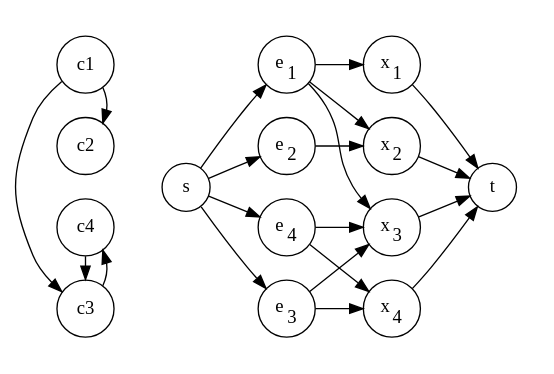
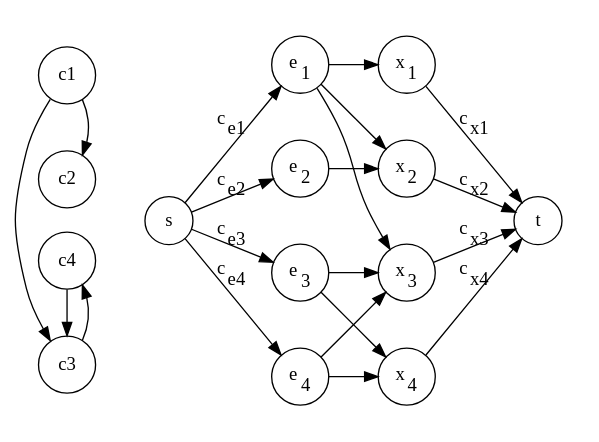
Before and after one commit to volhovM/thesis-bs-itmo: the diagram in pics/graph.dot, drawn with Graphviz.

Commit message:
Fix graph, wow

```diff
--- a/pics/graph.dot
+++ b/pics/graph.dot
@@ -1,56 +1,68 @@
 digraph G {
   node [shape="circle"]; 
 
   rankdir = LR;
  
   c1 c2 c3 c4;
 
   s t
   e1[label=<e<SUB>1</SUB>>];
   e2[label=<e<SUB>2</SUB>>];
   e3[label=<e<SUB>3</SUB>>];
   e4[label=<e<SUB>4</SUB>>];
   x1[label=<x<SUB>1</SUB>>];
   x2[label=<x<SUB>2</SUB>>];
   x3[label=<x<SUB>3</SUB>>];
   x4[label=<x<SUB>4</SUB>>];
 
   subgraph example {
     { rank=same; c1 c2 c3 c4 }
     c1 -> c2;
     c1 -> c3;
     c3 -> c4 -> c3;
   }
 
 
   subgraph cluster_s { { s }; style=invis; }
  
   subgraph cluster_0 {
     {rank=same; e1 e2 e3 e4}
     style=invis;
     e1 -> e2 -> e3 -> e4 [weight=100, style=invis];
   }
 
 
   subgraph cluster_1 {
     {rank=same; x1 x2 x3 x4}
     style=invis;
     x1 -> x2 -> x3 -> x4 [weight=100, style=invis];
   }
 
   subgraph cluster_t { { t }; style=invis; }
 
-  s -> e1; s -> e2; s -> e3; s -> e4;
-  x1 -> t; x2 -> t; x3 -> t; x4 -> t;
+  edge [weight=2, constraint=true];
+  // inputs
+  s -> e1 [label=<c<SUB>e1</SUB>>]; 
+  s -> e2 [label=<c<SUB>e2</SUB>>]; 
+  s -> e3 [label=<c<SUB>e3</SUB>>]; 
+  s -> e4 [label=<c<SUB>e4</SUB>>];
 
-  edge [weight=10000];
+  // outputs
+  x1 -> t [label=<c<SUB>x1</SUB>>]; 
+  x2 -> t [label=<c<SUB>x2</SUB>>]; 
+  x3 -> t [label=<c<SUB>x3</SUB>>]; 
+  x4 -> t [label=<c<SUB>x4</SUB>>];
+
+  // middle edges
+  edge [weight=2, constraint=true];
   e1 -> x1; e2 -> x2; e3 -> x3; e4 -> x4;
-  edge [weight=1];
+  edge [weight=1, constraint=false];
+  e1 -> x2; e1 -> x3; e3 -> x4; e4 -> x3;
+  edge [constraint=true];
 
-  e1 -> x2; e1 -> x3[weight=0]; e3 -> x4; e4 -> x3;
-
+  // helping edges
   edge [style=invis];
 
-  c1 -> c2 -> c3 -> c4 [weight=10000];
-  c1 -> e1; c2 -> e2; c3 -> e3; c4 -> e4; c1 -> s; c2 -> s; c3 -> s; c4 -> s;
+  c1 -> c2 -> c3 -> c4;
+  c1 -> s; c2 -> s; c3 -> s; c4 -> s;
 }
```
